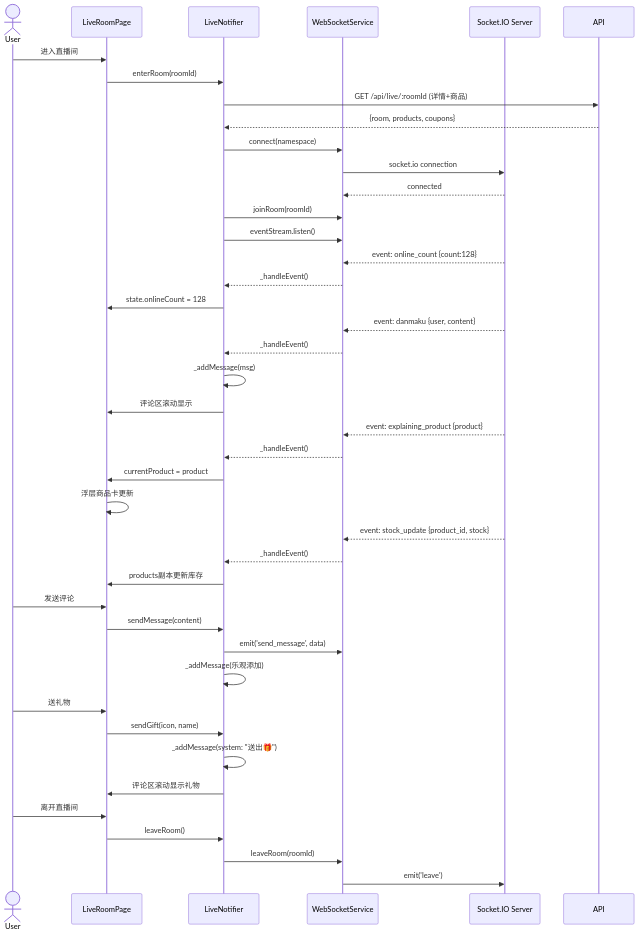
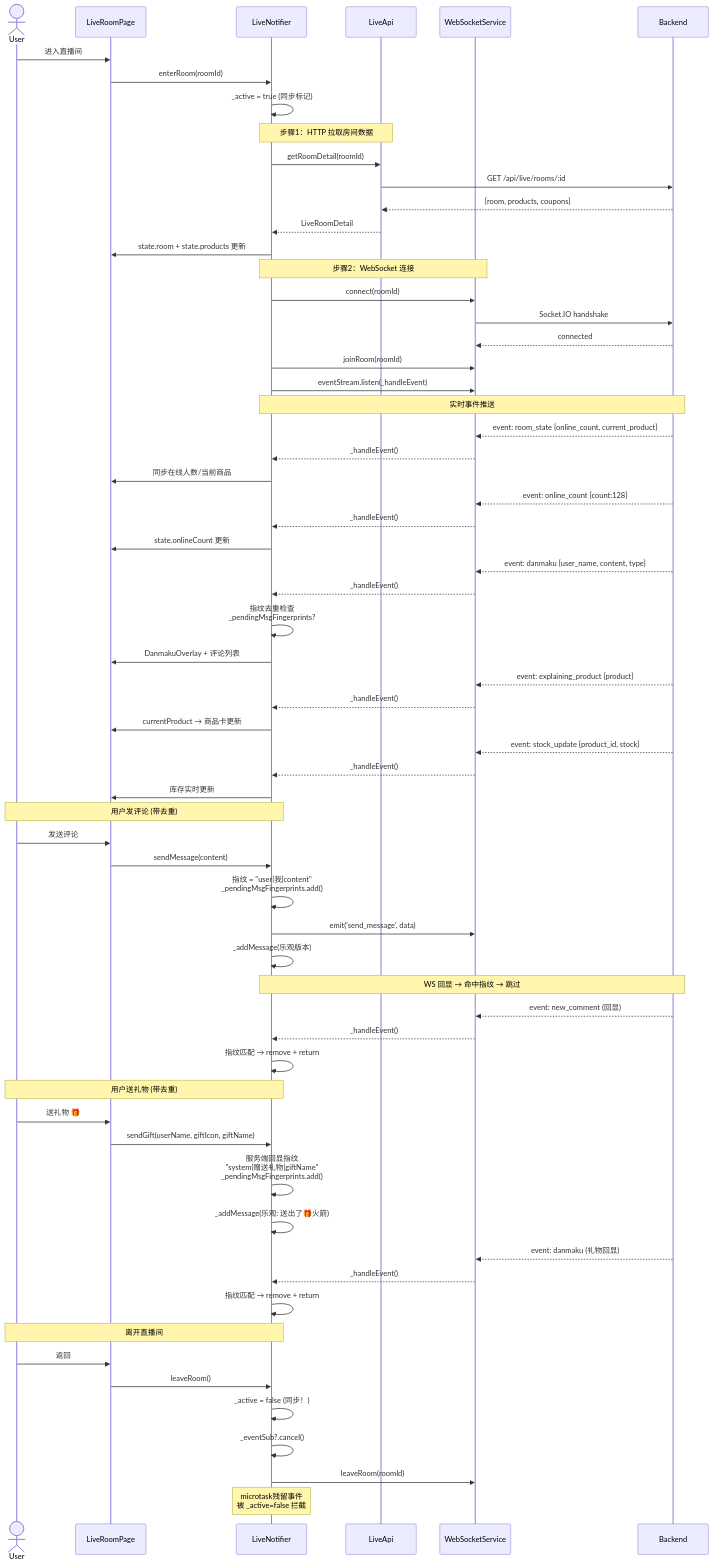
One commit to LIQingQing666/client changed the third of 11 diagrams in 测试文档/架构图-Mermaid.md. Above: the diagram before and after it, drawn with Mermaid. The commit also changed other lines of this file and 3 other files, not shown here.

Commit message:
新增 simulateMessage(userName, content)

````diff
--- a/测试文档/架构图-Mermaid.md
+++ b/测试文档/架构图-Mermaid.md
@@ -288,52 +136,79 @@
 ```mermaid
 sequenceDiagram
     actor User
     participant LiveRoom as LiveRoomPage
     participant Notifier as LiveNotifier
+    participant API as LiveApi
     participant WS as WebSocketService
-    participant Server as Socket.IO Server
+    participant Server as Backend
 
     User->>LiveRoom: 进入直播间
     LiveRoom->>Notifier: enterRoom(roomId)
-    Notifier->>API: GET /api/live/:roomId (详情+商品)
-    API-->>Notifier: {room, products, coupons}
+    Notifier->>Notifier: _active = true (同步标记)
 
-    Notifier->>WS: connect(namespace)
-    WS->>Server: socket.io connection
+    Note over Notifier,API: 步骤1：HTTP 拉取房间数据
+    Notifier->>API: getRoomDetail(roomId)
+    API->>Server: GET /api/live/rooms/:id
+    Server-->>API: {room, products, coupons}
+    API-->>Notifier: LiveRoomDetail
+    Notifier->>LiveRoom: state.room + state.products 更新
+
+    Note over Notifier,WS: 步骤2：WebSocket 连接
+    Notifier->>WS: connect(roomId)
+    WS->>Server: Socket.IO handshake
     Server-->>WS: connected
     Notifier->>WS: joinRoom(roomId)
-    Notifier->>WS: eventStream.listen()
+    Notifier->>WS: eventStream.listen(_handleEvent)
+
+    Note over Server,Notifier: 实时事件推送
+    Server-->>WS: event: room_state {online_count, current_product}
+    WS-->>Notifier: _handleEvent()
+    Notifier->>LiveRoom: 同步在线人数/当前商品
 
     Server-->>WS: event: online_count {count:128}
     WS-->>Notifier: _handleEvent()
-    Notifier->>LiveRoom: state.onlineCount = 128
+    Notifier->>LiveRoom: state.onlineCount 更新
 
-    Server-->>WS: event: danmaku {user, content}
+    Server-->>WS: event: danmaku {user_name, content, type}
     WS-->>Notifier: _handleEvent()
-    Notifier->>Notifier: _addMessage(msg)
-    Notifier->>LiveRoom: 评论区滚动显示
+    Notifier->>Notifier: 指纹去重检查<br/>_pendingMsgFingerprints?
+    Notifier->>LiveRoom: DanmakuOverlay + 评论列表
 
     Server-->>WS: event: explaining_product {product}
     WS-->>Notifier: _handleEvent()
-    Notifier->>LiveRoom: currentProduct = product
-    LiveRoom->>LiveRoom: 浮层商品卡更新
+    Notifier->>LiveRoom: currentProduct → 商品卡更新
 
     Server-->>WS: event: stock_update {product_id, stock}
     WS-->>Notifier: _handleEvent()
-    Notifier->>LiveRoom: products副本更新库存
+    Notifier->>LiveRoom: 库存实时更新
 
+    Note over User,Notifier: 用户发评论 (带去重)
     User->>LiveRoom: 发送评论
     LiveRoom->>Notifier: sendMessage(content)
+    Notifier->>Notifier: 指纹 = "user|我|content"<br/>_pendingMsgFingerprints.add()
     Notifier->>WS: emit('send_message', data)
-    Notifier->>Notifier: _addMessage(乐观添加)
+    Notifier->>Notifier: _addMessage(乐观版本)
 
-    User->>LiveRoom: 送礼物
-    LiveRoom->>Notifier: sendGift(icon, name)
-    Notifier->>Notifier: _addMessage(system: "送出🎁")
-    Notifier->>LiveRoom: 评论区滚动显示礼物
+    Note over Server,Notifier: WS 回显 → 命中指纹 → 跳过
+    Server-->>WS: event: new_comment (回显)
+    WS-->>Notifier: _handleEvent()
+    Notifier->>Notifier: 指纹匹配 → remove + return
 
-    User->>LiveRoom: 离开直播间
+    Note over User,Notifier: 用户送礼物 (带去重)
+    User->>LiveRoom: 送礼物 🎁
+    LiveRoom->>Notifier: sendGift(userName, giftIcon, giftName)
+    Notifier->>Notifier: 服务端回显指纹<br/>"system|赠送礼物|giftName"<br/>_pendingMsgFingerprints.add()
+    Notifier->>Notifier: _addMessage(乐观: 送出了🎁火箭)
+
+    Server-->>WS: event: danmaku (礼物回显)
+    WS-->>Notifier: _handleEvent()
+    Notifier->>Notifier: 指纹匹配 → remove + return
+
+    Note over User,Notifier: 离开直播间
+    User->>LiveRoom: 返回
     LiveRoom->>Notifier: leaveRoom()
+    Notifier->>Notifier: _active = false (同步！)
+    Notifier->>Notifier: _eventSub?.cancel()
     Notifier->>WS: leaveRoom(roomId)
-    WS->>Server: emit('leave')
+    Note over Notifier: microtask残留事件<br/>被 _active=false 拦截
 ```
````
